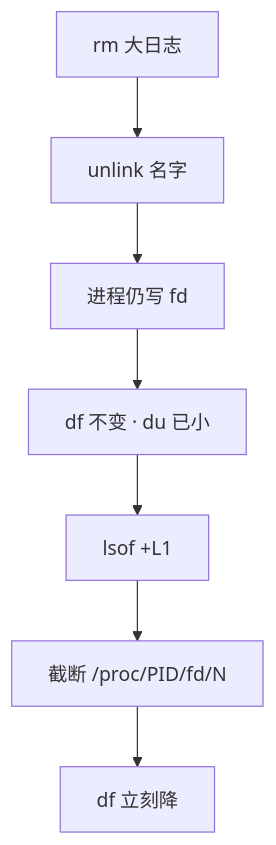
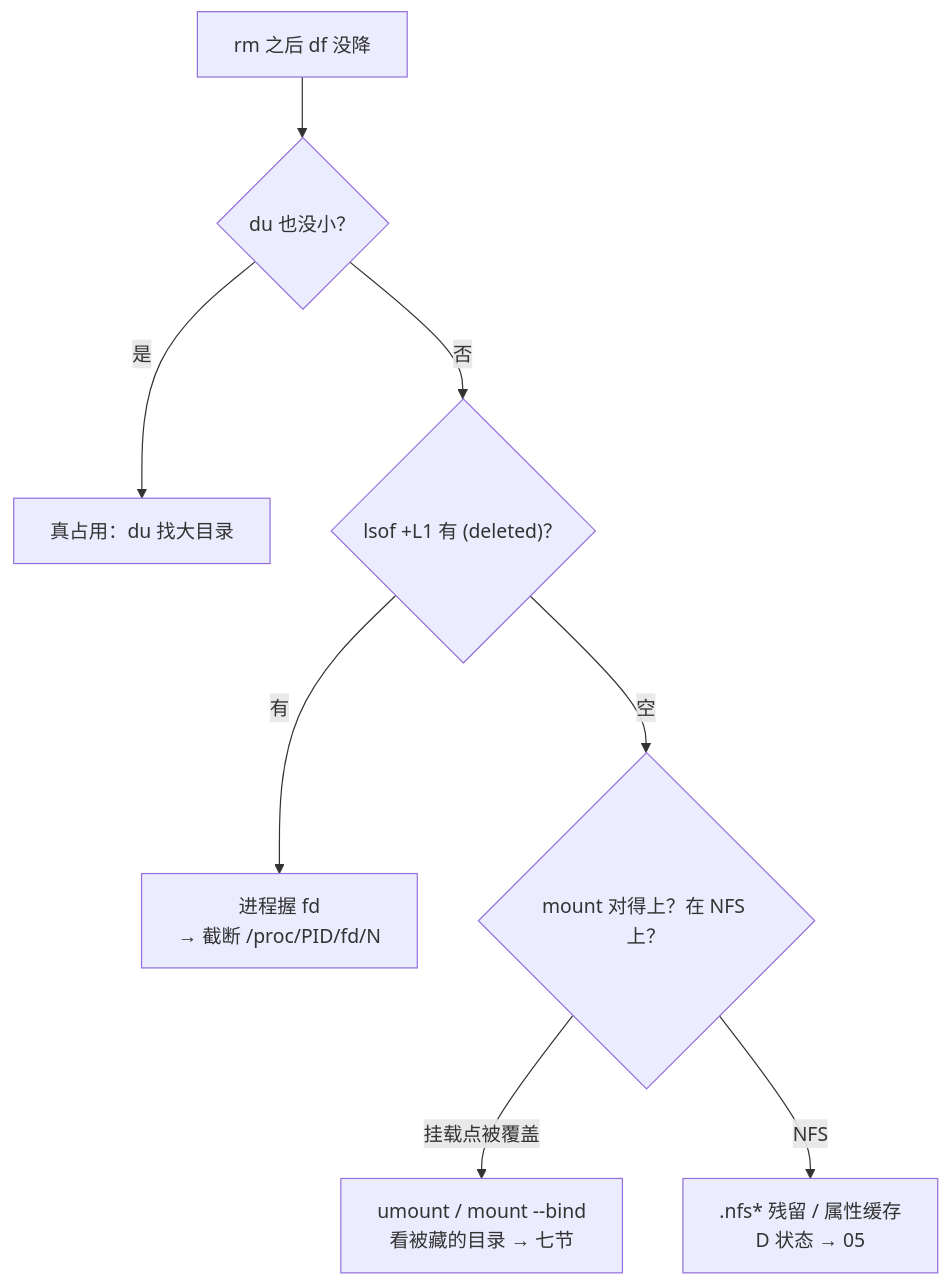
The sixth of 8 diagrams in 01-基础底座/09-文件系统与inode/知识点.md (ml-cuizijun/LearnToLilith), drawn with Mermaid before and after one commit. The commit also changed other lines of this file and 470 other files, not shown here.

````diff
--- a/01-基础底座/09-文件系统与inode/知识点.md
+++ b/01-基础底座/09-文件系统与inode/知识点.md
@@ -611,9 +275,10 @@
 ```mermaid
 flowchart TB
-    A[rm 大日志] --> B[unlink 名字]
-    B --> C[进程仍写 fd]
-    C --> D[df 不变 · du 已小]
-    D --> E[lsof +L1]
-    E --> F["截断 /proc/PID/fd/N"]
-    F --> G[df 立刻降]
+    Q["rm 之后 df 没降"] --> A{"du 也没小？"}
+    A -->|是| B["真占用：du 找大目录"]
+    A -->|否| C{"lsof +L1 有 (deleted)？"}
+    C -->|有| D["进程握 fd<br/>→ 截断 /proc/PID/fd/N"]
+    C -->|空| E{"mount 对得上？在 NFS 上？"}
+    E -->|挂载点被覆盖| F["umount / mount --bind<br/>看被藏的目录 → 七节"]
+    E -->|NFS| G[".nfs* 残留 / 属性缓存<br/>D 状态 → 05"]
 ```
````
